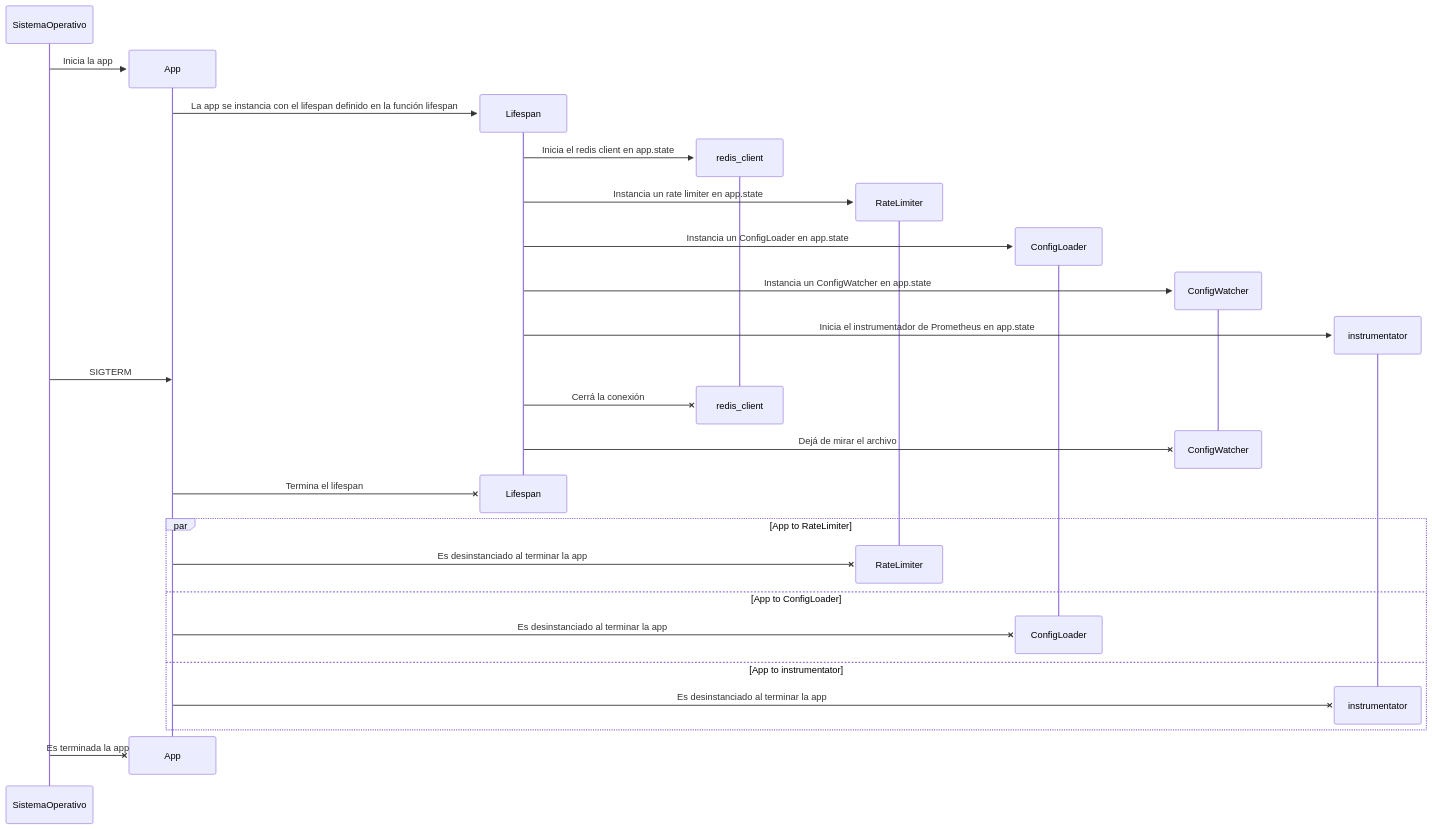
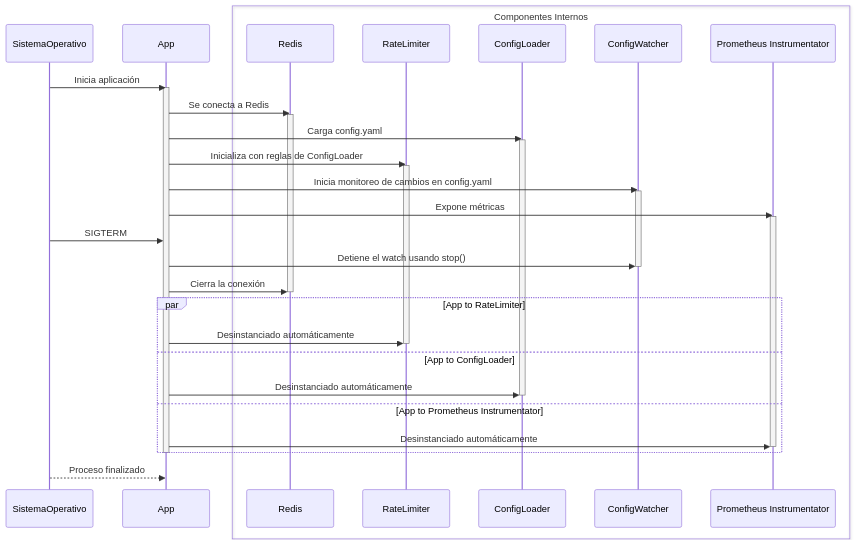
Before and after one commit to KrappRamiro/meli-proxy: the second of 4 diagrams in README.md, drawn with Mermaid. The commit also changed other lines of this file and 2 other files, not shown here.

Commit message:
improve diagrams

````diff
--- a/README.md
+++ b/README.md
@@ -177,56 +206,47 @@
 ```mermaid
 sequenceDiagram
-participant SistemaOperativo
-create participant App
-SistemaOperativo->>App: Inicia la app
-create participant Lifespan
-App->>Lifespan: La app se instancia con el lifespan definido en la función lifespan
-create participant redis_client
-Lifespan->>redis_client: Inicia el redis client en app.state
-create participant RateLimiter
-Lifespan->>RateLimiter: Instancia un rate limiter en app.state
-create participant ConfigLoader
-Lifespan->>ConfigLoader: Instancia un ConfigLoader en app.state
-create participant ConfigWatcher
-Lifespan->>ConfigWatcher: Instancia un ConfigWatcher en app.state
-create participant instrumentator
-Lifespan->>instrumentator: Inicia el instrumentador de Prometheus en app.state
-SistemaOperativo->>App: SIGTERM
+    participant SistemaOperativo
+    participant App
+    box Componentes Internos
+        participant Redis
+        participant RateLimiter
+        participant ConfigLoader
+        participant ConfigWatcher
+        participant Prometheus Instrumentator
+    end
 
-%% Destroy Redis Client
-destroy redis_client
-Lifespan-xredis_client: Cerrá la conexión
+    SistemaOperativo->>App: Inicia aplicación
+    activate App
 
-%% Destroy ConfigWatcher
-destroy ConfigWatcher
-Lifespan-xConfigWatcher: Dejá de mirar el archivo
+    App->>Redis: Se conecta a Redis
+    activate Redis
+    App->>ConfigLoader: Carga config.yaml
+    activate ConfigLoader
+    App->>RateLimiter: Inicializa con reglas de ConfigLoader
+    activate RateLimiter
+    App->>ConfigWatcher: Inicia monitoreo de cambios en config.yaml
+    activate ConfigWatcher
+    App->>Prometheus Instrumentator: Expone métricas
+    activate Prometheus Instrumentator
 
-%% Destroy Lifespan
-destroy Lifespan
-App-xLifespan: Termina el lifespan
+    SistemaOperativo->>App: SIGTERM
 
-par App to RateLimiter
-  %% Destroy RateLimiter
-  destroy RateLimiter
-  App-xRateLimiter: Es desinstanciado al terminar la app
+    App->>ConfigWatcher: Detiene el watch usando stop()
+    deactivate ConfigWatcher
+    App->>Redis: Cierra la conexión
+    deactivate Redis
 
-and App to ConfigLoader
+    par App to RateLimiter
+      App->>RateLimiter: Desinstanciado automáticamente
+      deactivate RateLimiter
+    and App to ConfigLoader
+      App->>ConfigLoader: Desinstanciado automáticamente
+      deactivate ConfigLoader
+    and App to Prometheus Instrumentator
+      App->>Prometheus Instrumentator: Desinstanciado automáticamente
+      deactivate Prometheus Instrumentator
+    end
+    deactivate App
 
-  %% Destroy ConfigLoader
-  destroy ConfigLoader
-  App-xConfigLoader: Es desinstanciado al terminar la app
-
-and App to instrumentator
-
-  %% Destroy instrumentator
-  destroy instrumentator
-  App-xinstrumentator :Es desinstanciado al terminar la app
-
-end
-
-%% Destroy app
-destroy App
-SistemaOperativo-xApp: Es terminada la app
-
-
+    SistemaOperativo-->>App: Proceso finalizado
 ```
````
